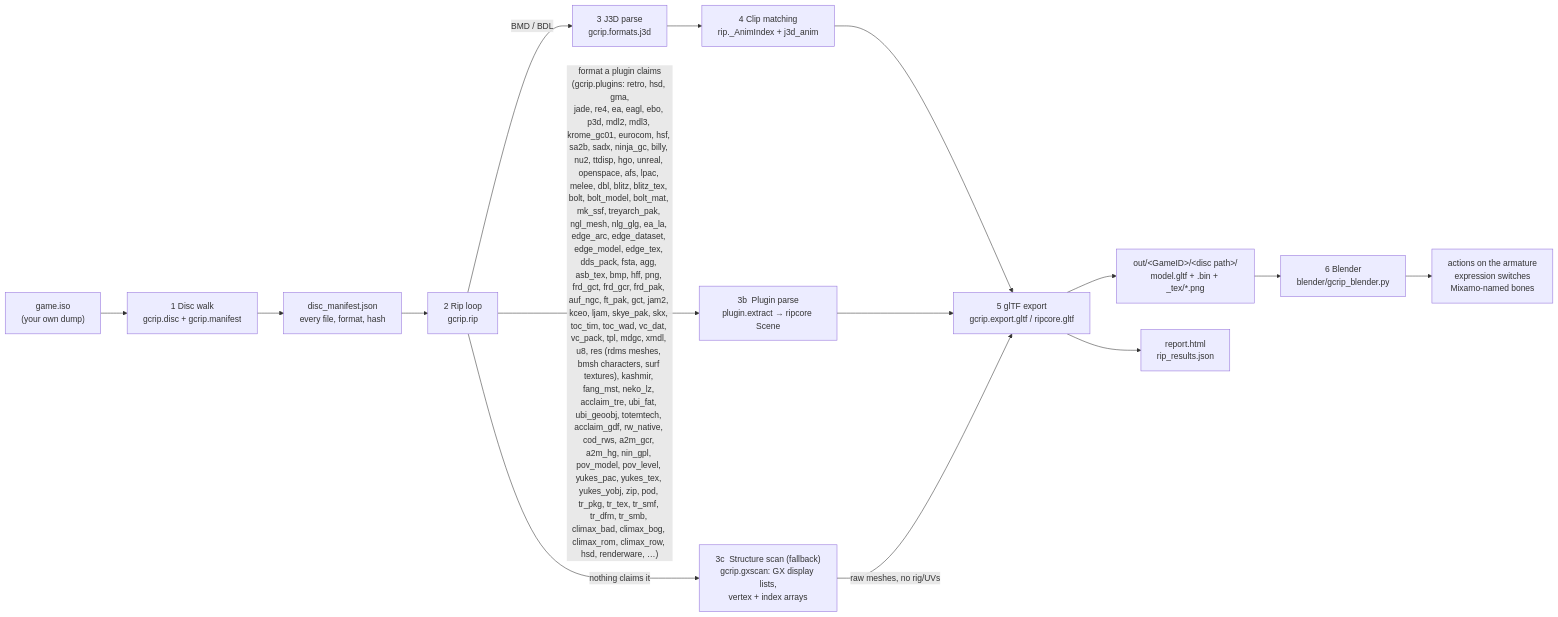
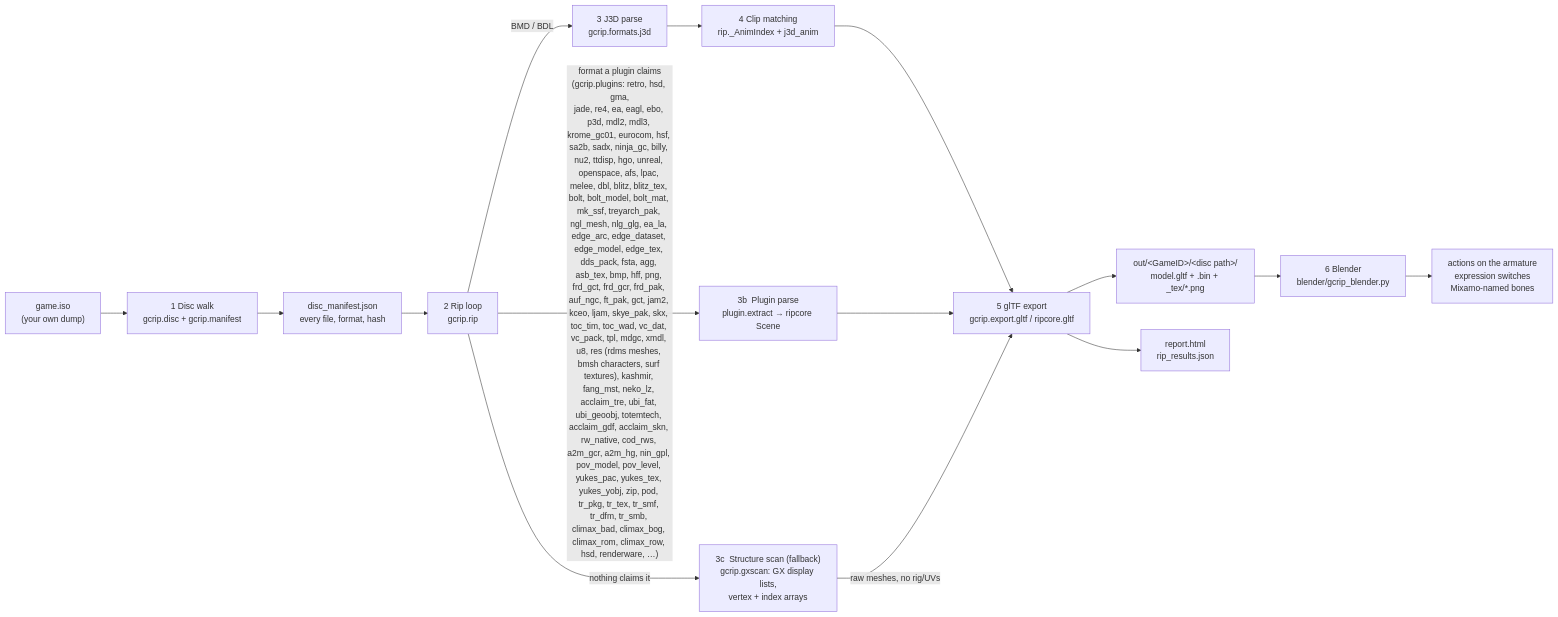
The first of 10 diagrams in docs/PIPELINE.md (Felbs/3d-ripper-9000), drawn with Mermaid before and after one commit. The commit also changed other lines of this file and 7 other files, not shown here.

First line of the commit message:
acclaim_skn: All-Star Baseball skinned meshes fall - the dual-copy format

````diff
--- a/docs/PIPELINE.md
+++ b/docs/PIPELINE.md
@@ -11,17 +11,17 @@
 ```mermaid
 flowchart LR
     ISO["game.iso<br/>(your own dump)"] --> WALK["1  Disc walk<br/>gcrip.disc + gcrip.manifest"]
     WALK --> MAN["disc_manifest.json<br/>every file, format, hash"]
     MAN --> RIP["2  Rip loop<br/>gcrip.rip"]
     RIP -->|"BMD / BDL"| J3D["3  J3D parse<br/>gcrip.formats.j3d"]
-    RIP -->|"format a plugin claims<br/>(gcrip.plugins: retro, hsd, gma,<br/>jade, re4, ea, eagl, ebo, p3d, mdl2, mdl3, krome_gc01, eurocom, hsf, sa2b, sadx, ninja_gc, billy, nu2, ttdisp, hgo, unreal, openspace, afs, lpac, melee, dbl, blitz, blitz_tex, bolt, bolt_model, bolt_mat, mk_ssf, treyarch_pak, ngl_mesh, nlg_glg, ea_la, edge_arc, edge_dataset, edge_model, edge_tex, dds_pack, fsta, agg, asb_tex, bmp, hff, png, frd_gct, frd_gcr, frd_pak, auf_ngc, ft_pak, gct, jam2, kceo, ljam, skye_pak, skx, toc_tim, toc_wad, vc_dat, vc_pack, tpl, mdgc, xmdl, u8, res (rdms meshes, bmsh characters, surf textures), kashmir, fang_mst, neko_lz, acclaim_tre, ubi_fat, ubi_geoobj, totemtech, acclaim_gdf, rw_native, cod_rws, a2m_gcr, a2m_hg, nin_gpl, pov_model, pov_level, yukes_pac, yukes_tex, yukes_yobj, zip, pod, tr_pkg, tr_tex, tr_smf, tr_dfm, tr_smb, climax_bad, climax_bog, climax_rom, climax_row, hsd, renderware, …)"| PLUG["3b  Plugin parse<br/>plugin.extract → ripcore Scene"]
+    RIP -->|"format a plugin claims<br/>(gcrip.plugins: retro, hsd, gma,<br/>jade, re4, ea, eagl, ebo, p3d, mdl2, mdl3, krome_gc01, eurocom, hsf, sa2b, sadx, ninja_gc, billy, nu2, ttdisp, hgo, unreal, openspace, afs, lpac, melee, dbl, blitz, blitz_tex, bolt, bolt_model, bolt_mat, mk_ssf, treyarch_pak, ngl_mesh, nlg_glg, ea_la, edge_arc, edge_dataset, edge_model, edge_tex, dds_pack, fsta, agg, asb_tex, bmp, hff, png, frd_gct, frd_gcr, frd_pak, auf_ngc, ft_pak, gct, jam2, kceo, ljam, skye_pak, skx, toc_tim, toc_wad, vc_dat, vc_pack, tpl, mdgc, xmdl, u8, res (rdms meshes, bmsh characters, surf textures), kashmir, fang_mst, neko_lz, acclaim_tre, ubi_fat, ubi_geoobj, totemtech, acclaim_gdf, acclaim_skn, rw_native, cod_rws, a2m_gcr, a2m_hg, nin_gpl, pov_model, pov_level, yukes_pac, yukes_tex, yukes_yobj, zip, pod, tr_pkg, tr_tex, tr_smf, tr_dfm, tr_smb, climax_bad, climax_bog, climax_rom, climax_row, hsd, renderware, …)"| PLUG["3b  Plugin parse<br/>plugin.extract → ripcore Scene"]
     RIP -->|"nothing claims it"| GX["3c  Structure scan (fallback)<br/>gcrip.gxscan: GX display lists,<br/>vertex + index arrays"]
     J3D --> ANIM["4  Clip matching<br/>rip._AnimIndex + j3d_anim"]
     ANIM --> GLTF["5  glTF export<br/>gcrip.export.gltf / ripcore.gltf"]
     PLUG --> GLTF
     GX -->|"raw meshes, no rig/UVs"| GLTF
     GLTF --> OUT["out/&lt;GameID&gt;/&lt;disc path&gt;/<br/>model.gltf + .bin + _tex/*.png"]
     GLTF --> REP["report.html<br/>rip_results.json"]
     OUT --> BL["6  Blender<br/>blender/gcrip_blender.py"]
     BL --> PLAY["actions on the armature<br/>expression switches<br/>Mixamo-named bones"]
 ```
````
